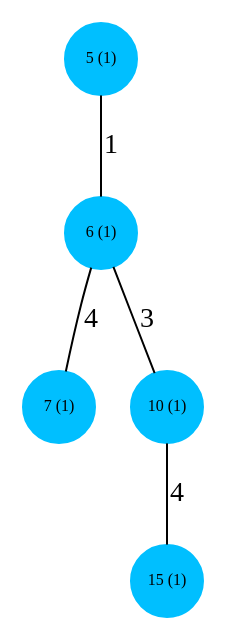
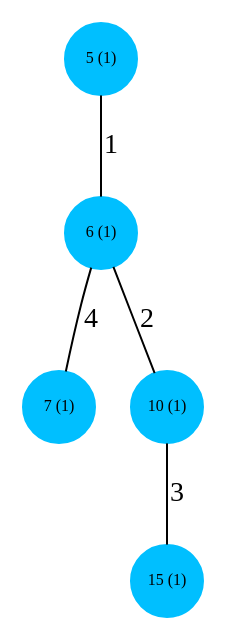
One commit to pgRouting/GSoC-pgRouting changed the second of 7 diagrams in doc/metrics/pgr_coreNumbers.rst. Above: the diagram before and after it, drawn with Graphviz. The commit also changed other lines of this file, not shown here.

Commit message:
doc: fix edge labels in coreNumbers diagram and clarify core column

```diff
--- a/doc/metrics/pgr_coreNumbers.rst
+++ b/doc/metrics/pgr_coreNumbers.rst
@@ -129,15 +129,15 @@
 .. graphviz::
 
     graph G {
         5,7,15,6,10 [shape=circle;style=filled;width=.5;fixedsize=true;fontsize=8];
         5,7,15,6,10 [color=deepskyblue];
         5 [pos="0,0!";label="5 (1)"];
         6 [pos="0,1!";label="6 (1)"];
         7 [pos="0,2!";label="7 (1)"];
         10 [pos="1,1!";label="10 (1)"];
         15 [pos="2,1!";label="15 (1)"];
         5 -- 6 [label="1"];
+        6 -- 10 [label="2"];
+        10 -- 15 [label="3"];
         6 -- 7 [label="4"];
-        6 -- 10 [label="3"];
-        10 -- 15 [label="4"];
     }
```
